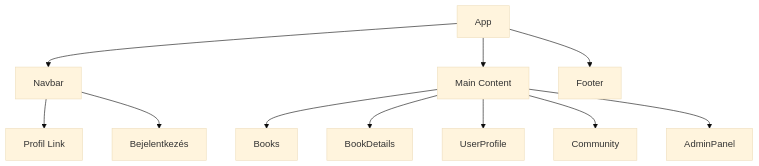
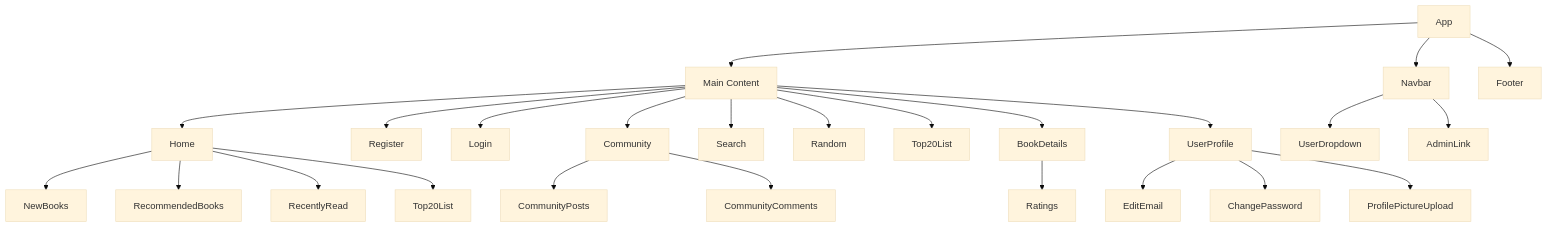
Before and after one commit to doomhyena/BookBase: the second of 2 diagrams in Project/docs/dokumentáció.md, drawn with Mermaid (base theme). The commit also changed other lines of this file and 1 other file, not shown here.

````diff
--- a/Project/docs/dokumentáció.md
+++ b/Project/docs/dokumentáció.md
@@ -241,13 +308,27 @@
 ```mermaid
 graph TD
 	 A[App] --> B[Navbar]
 	 A --> C[Main Content]
 	 A --> D[Footer]
-	 C --> E[Books]
-	 C --> F[BookDetails]
-	 C --> G[UserProfile]
+	 C --> E[Home]
+	 C --> F[Register]
+	 C --> G[Login]
 	 C --> H[Community]
-	 C --> I[AdminPanel]
-	 B --> J[Profil Link]
-	 B --> K[Bejelentkezés]
+	 C --> I[Search]
+	 C --> J[Random]
+	 C --> K[Top20List]
+	 C --> L[BookDetails]
+	 C --> M[UserProfile]
+	 E --> E1[NewBooks]
+	 E --> E2[RecommendedBooks]
+	 E --> E3[RecentlyRead]
+	 E --> E4[Top20List]
+	 L --> L1[Ratings]
+	 H --> H1[CommunityPosts]
+	 H --> H2[CommunityComments]
+	 M --> M1[EditEmail]
+	 M --> M2[ChangePassword]
+	 M --> M3[ProfilePictureUpload]
+	 B --> B1[UserDropdown]
+	 B --> B2[AdminLink]
 ```
````
